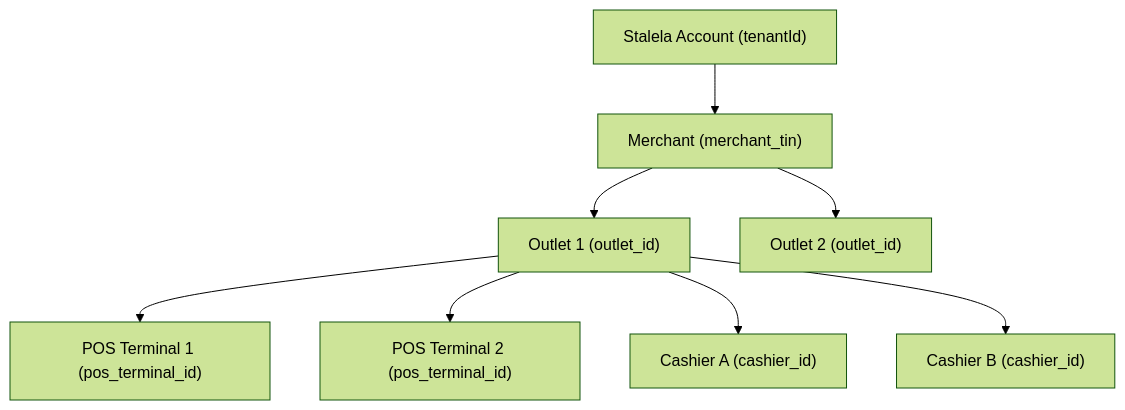
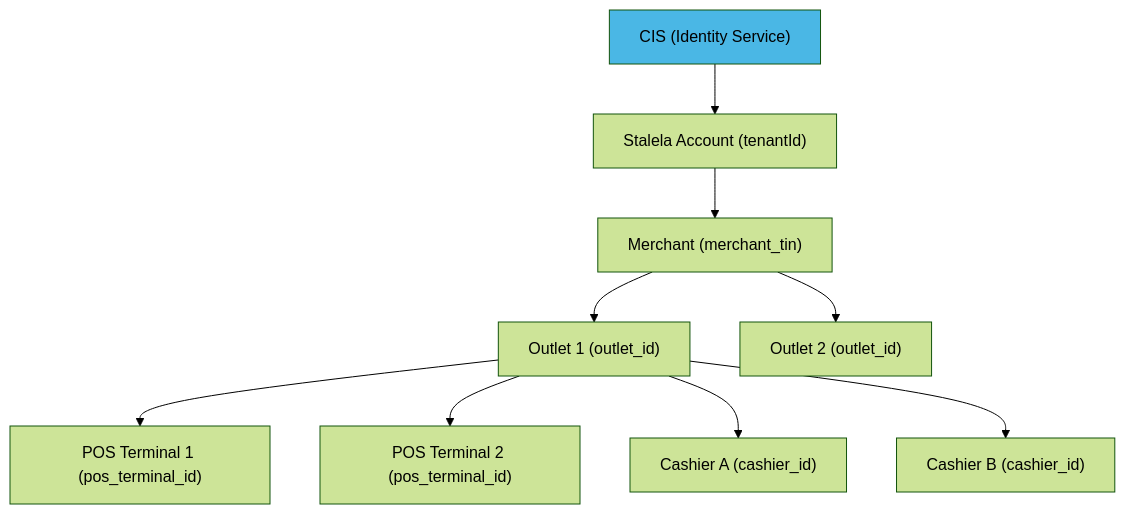
Before and after one commit to stalela/stalela-docs: the diagram in docs/00-foundation/multi-tenant-model.md, drawn with Mermaid (forest theme). The commit also changed other lines of this file and 106 other files, not shown here.

````diff
--- a/docs/00-foundation/multi-tenant-model.md
+++ b/docs/00-foundation/multi-tenant-model.md
@@ -9,10 +11,13 @@
 ```mermaid
 flowchart TD
+    CIS["CIS (Identity Service)"] --> T
     T["Stalela Account (tenantId)"] --> M["Merchant (merchant_tin)"]
     M --> O1["Outlet 1 (outlet_id)"]
     M --> O2["Outlet 2 (outlet_id)"]
     O1 --> T1["POS Terminal 1 (pos_terminal_id)"]
     O1 --> T2["POS Terminal 2 (pos_terminal_id)"]
     O1 --> C1["Cashier A (cashier_id)"]
     O1 --> C2["Cashier B (cashier_id)"]
+
+    style CIS fill:#4AB7E5,color:#000
 ```
````
